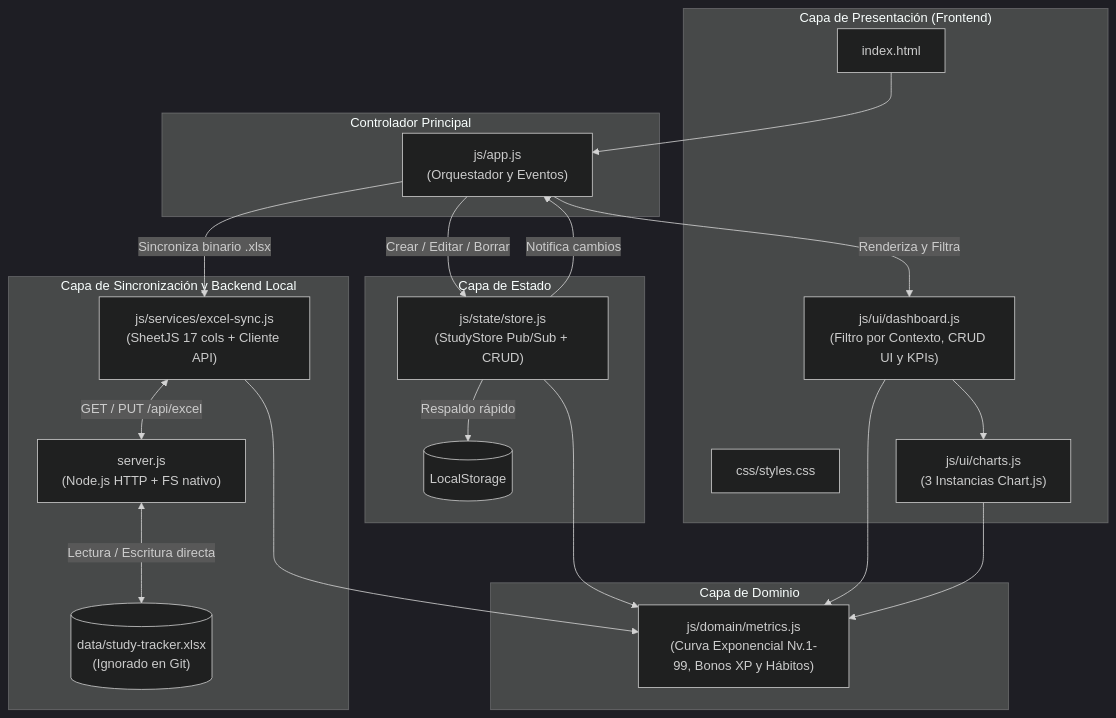
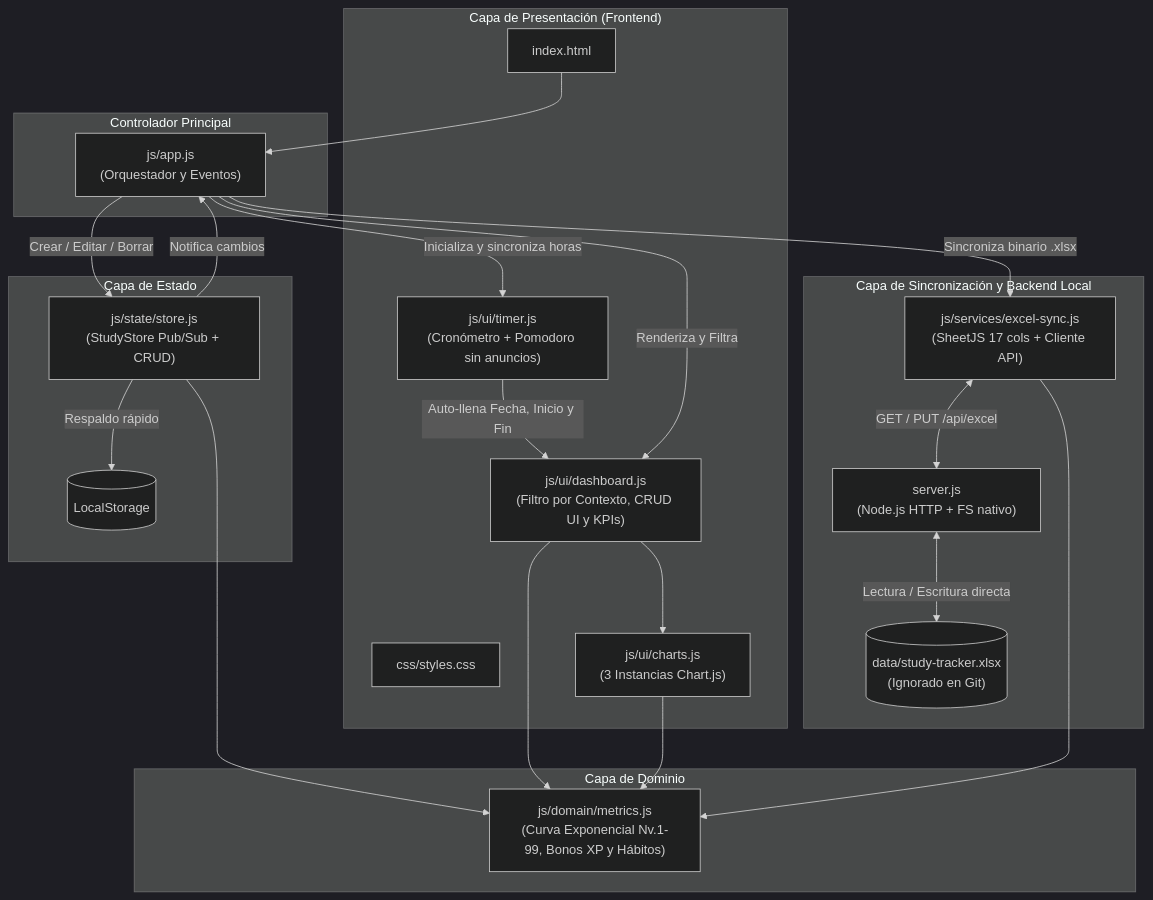
The diagram in README.md (carloamezcua/study-tracker), drawn with Mermaid (dark theme) before and after one commit. The commit also changed other lines of this file, not shown here.

Commit message:
docs(readme): documenta el modulo de cronometro y pomodoro integrado

````diff
--- a/README.md
+++ b/README.md
@@ -37,42 +41,45 @@
 ```mermaid
 flowchart TD
     subgraph UI["Capa de Presentación (Frontend)"]
         HTML["index.html"]
         CSS["css/styles.css"]
+        TIMER["js/ui/timer.js\n(Cronómetro + Pomodoro sin anuncios)"]
         DASH["js/ui/dashboard.js\n(Filtro por Contexto, CRUD UI y KPIs)"]
         CHARTS["js/ui/charts.js\n(3 Instancias Chart.js)"]
     end
 
     subgraph Controller["Controlador Principal"]
         APP["js/app.js\n(Orquestador y Eventos)"]
     end
 
     subgraph State["Capa de Estado"]
         STORE["js/state/store.js\n(StudyStore Pub/Sub + CRUD)"]
         LS[("LocalStorage")]
     end
 
     subgraph Domain["Capa de Dominio"]
         METRICS["js/domain/metrics.js\n(Curva Exponencial Nv.1-99, Bonos XP y Hábitos)"]
     end
 
     subgraph Sync["Capa de Sincronización y Backend Local"]
         SYNC["js/services/excel-sync.js\n(SheetJS 17 cols + Cliente API)"]
         SERVER["server.js\n(Node.js HTTP + FS nativo)"]
         XLSX[("data/study-tracker.xlsx\n(Ignorado en Git)")]
     end
 
     HTML --> APP
+    APP -->|Inicializa y sincroniza horas| TIMER
+    TIMER -->|Auto-llena Fecha, Inicio y Fin| DASH
     APP -->|Crear / Editar / Borrar| STORE
     STORE -->|Respaldo rápido| LS
     STORE -->|Notifica cambios| APP
     APP -->|Renderiza y Filtra| DASH
     DASH --> CHARTS
     APP -->|Sincroniza binario .xlsx| SYNC
     SYNC <-->|GET / PUT /api/excel| SERVER
     SERVER <-->|Lectura / Escritura directa| XLSX
     STORE --> METRICS
     DASH --> METRICS
     CHARTS --> METRICS
     SYNC --> METRICS
 ```
````
